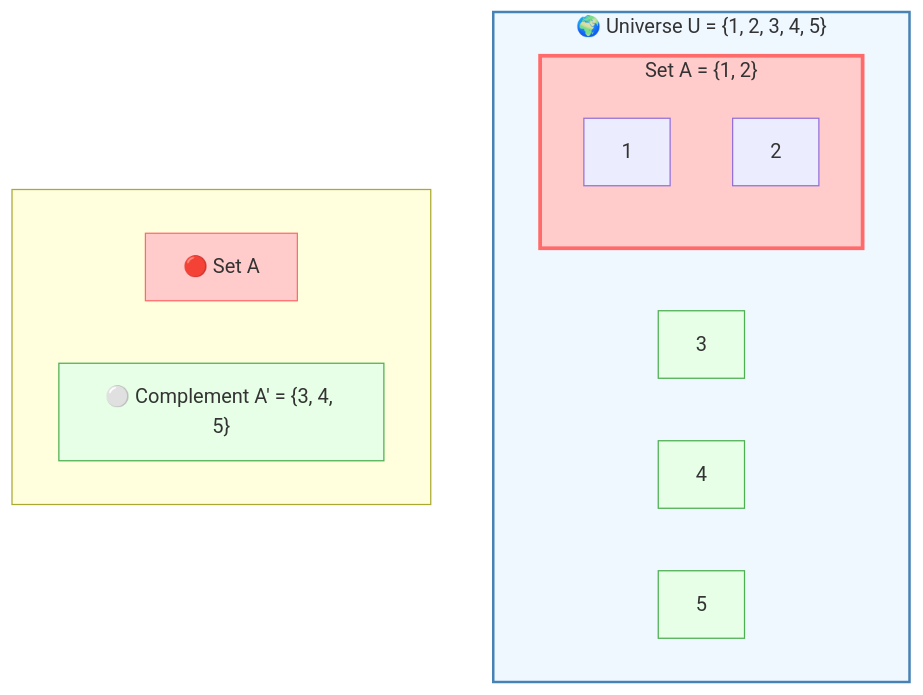
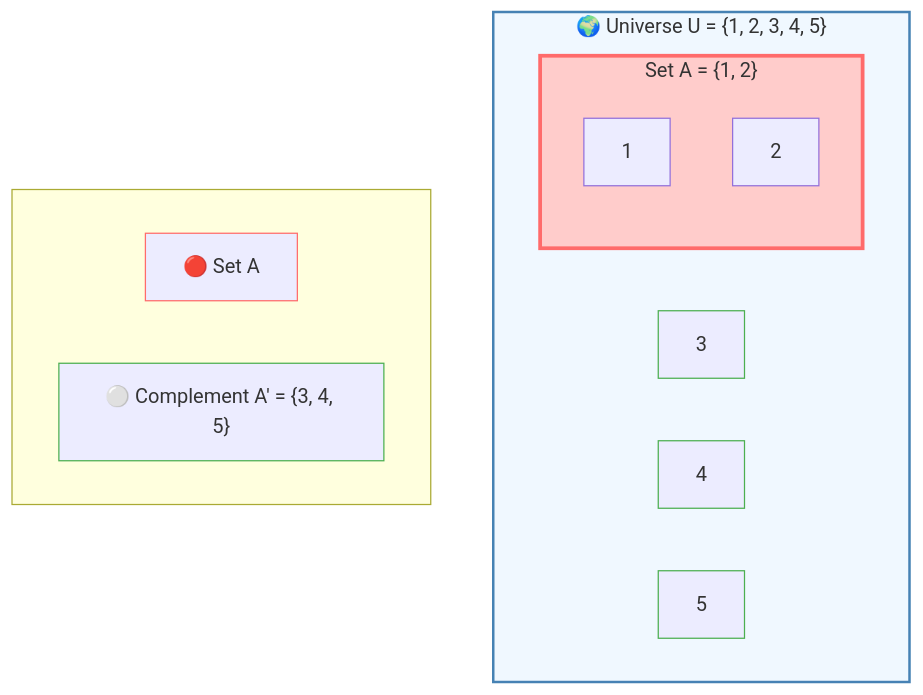
Before and after one commit to PanagopoulosNikolaos/University_Code: the first of 6 diagrams in Semester_2/DISCREET_MATHEMATICS/2_Operations & Venn Diagrams.md, drawn with Mermaid. The commit also changed other lines of this file and 8 other files, not shown here.

````diff
--- a/Semester_2/DISCREET_MATHEMATICS/2_Operations & Venn Diagrams.md
+++ b/Semester_2/DISCREET_MATHEMATICS/2_Operations & Venn Diagrams.md
@@ -16,27 +16,27 @@
 ```mermaid
 graph TD
     subgraph U ["🌍 Universe U = {1, 2, 3, 4, 5}"]
         subgraph A ["Set A = {1, 2}"]
             style A fill:#ffcccb,stroke:#ff6b6b,stroke-width:3px
             a1[1]
             a2[2]
         end
         
         c3[3]
         c4[4] 
         c5[5]
     end
     
     subgraph Legend [" "]
         L1["🔴 Set A"]
         L2["⚪ Complement A' = {3, 4, 5}"]
     end
     
     style U fill:#f0f8ff,stroke:#4682b4,stroke-width:2px
-    style c3 fill:#e6ffe6,stroke:#4caf50
-    style c4 fill:#e6ffe6,stroke:#4caf50  
-    style c5 fill:#e6ffe6,stroke:#4caf50
-    style L1 fill:#ffcccb,stroke:#ff6b6b
-    style L2 fill:#e6ffe6,stroke:#4caf50
+    style c3 fill:#f,stroke:#4caf50
+    style c4 fill:#f,stroke:#4caf50  
+    style c5 fill:#f,stroke:#4caf50
+    style L1 fill:#f,stroke:#ff6b6b
+    style L2 fill:#f,stroke:#4caf50
 
 ```
````
